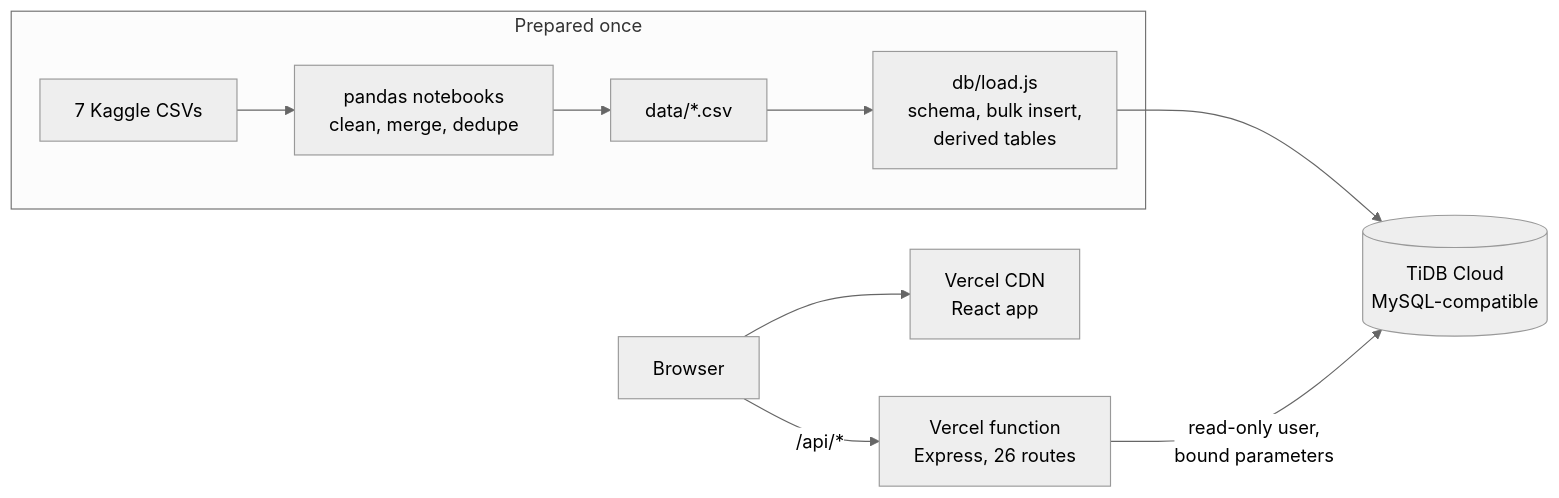
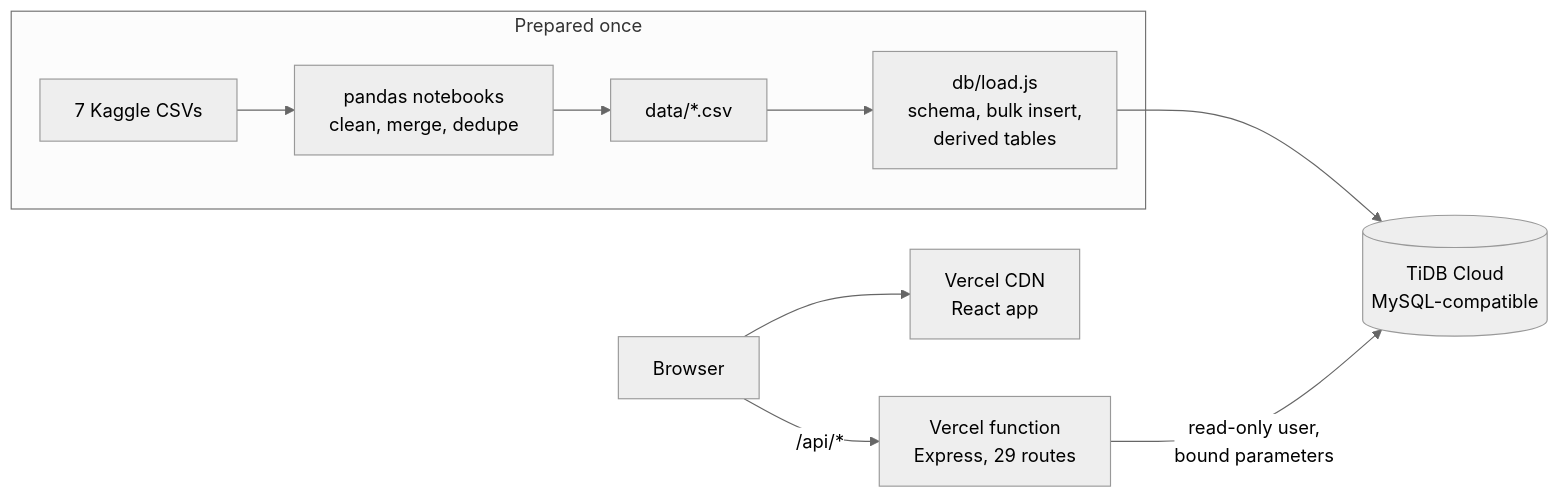
Before and after one commit to HypothesisTester/SportsAnalytics: the diagram in README.md, drawn with Mermaid (neutral theme). The commit also changed other lines of this file and 8 other files, not shown here.

````diff
--- a/README.md
+++ b/README.md
@@ -17,11 +18,11 @@
 ```mermaid
 flowchart LR
     subgraph Offline["Prepared once"]
         Kaggle["7 Kaggle CSVs"] --> Pandas["pandas notebooks<br/>clean, merge, dedupe"] --> CSV["data/*.csv"]
         CSV --> Load["db/load.js<br/>schema, bulk insert,<br/>derived tables"]
     end
     Load --> DB[("TiDB Cloud<br/>MySQL-compatible")]
     Browser --> Static["Vercel CDN<br/>React app"]
-    Browser -->|"/api/*"| API["Vercel function<br/>Express, 26 routes"]
+    Browser -->|"/api/*"| API["Vercel function<br/>Express, 29 routes"]
     API -->|"read-only user,<br/>bound parameters"| DB
 ```
````
